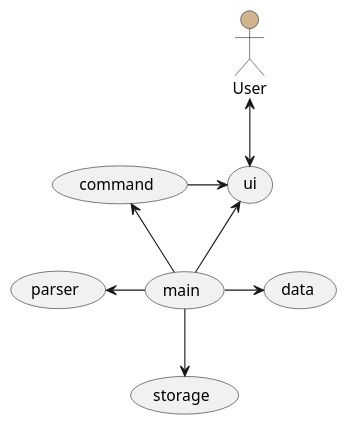
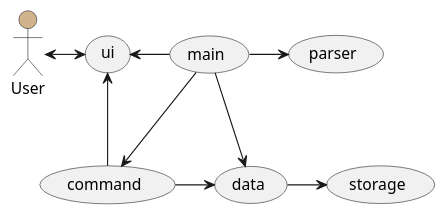
The diagram in src/uml/Architecture.puml (xieyaoyue/tp), drawn with PlantUML before and after one commit. The commit also changed 6 other files, not shown here.

Commit message:
Update UML for architecture, repayment, spending lists

```diff
--- a/src/uml/Architecture.puml
+++ b/src/uml/Architecture.puml
@@ -1,11 +1,12 @@
 @startuml
  :User: as user        #tan
-user<-->(ui)
-(main)-up->(ui)
-(main)-up->(command)
-(main)-right->(data)
-(main)-left->(parser)
-(main)-->(storage)
-(command)-right->(ui)
+user<-right->(ui)
+(main)-left->(ui)
+(main)-->(command)
+(command)-right->(data)
+(main)-->(data)
+(main)-right->(parser)
+(data)-right->(storage)
+(command)-->(ui)
 
 @enduml
```
